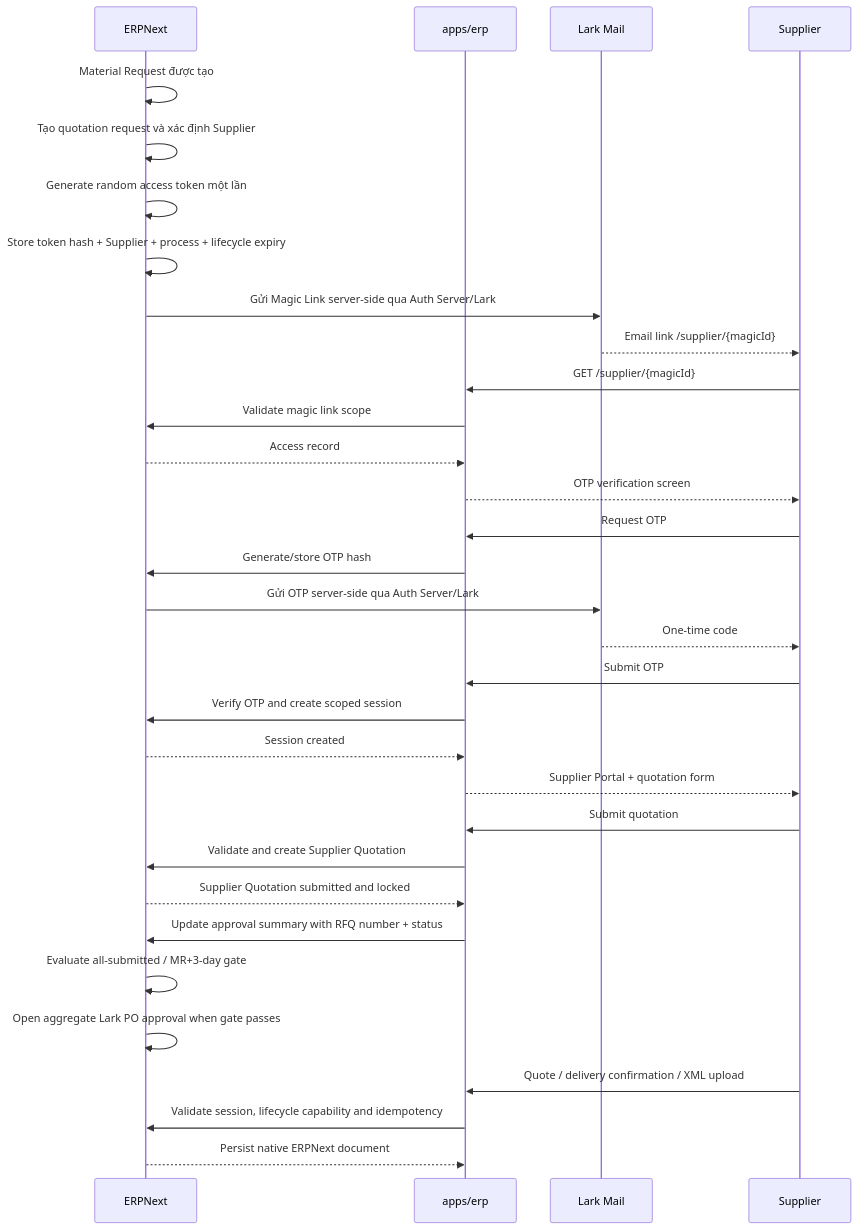
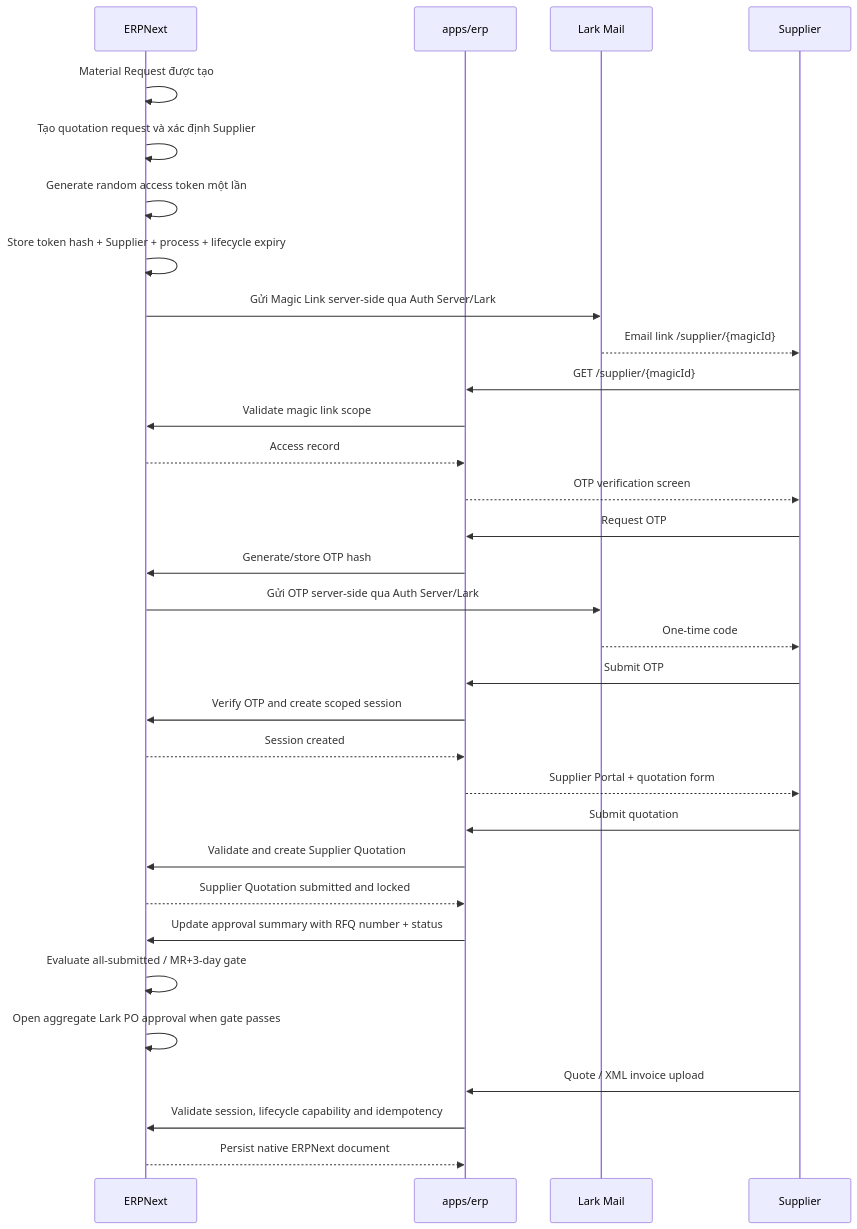
Before and after one commit to Kira7dn/erpnext: the second of 2 diagrams in docs/features/Supplier_Portal_Magic_Link_Email_OTP_Design.md, drawn with Mermaid. The commit also changed other lines of this file and 8 other files, not shown here.

````diff
--- a/docs/features/Supplier_Portal_Magic_Link_Email_OTP_Design.md
+++ b/docs/features/Supplier_Portal_Magic_Link_Email_OTP_Design.md
@@ -185,40 +189,40 @@
 ```mermaid
 sequenceDiagram
     participant ERP as ERPNext
     participant APP as apps/erp
     participant MAIL as Lark Mail
     participant SUP as Supplier
 
     ERP->>ERP: Material Request được tạo
     ERP->>ERP: Tạo quotation request và xác định Supplier
     ERP->>ERP: Generate random access token một lần
     ERP->>ERP: Store token hash + Supplier + process + lifecycle expiry
     ERP->>MAIL: Gửi Magic Link server-side qua Auth Server/Lark
     MAIL-->>SUP: Email link /supplier/{magicId}
 
     SUP->>APP: GET /supplier/{magicId}
     APP->>ERP: Validate magic link scope
     ERP-->>APP: Access record
     APP-->>SUP: OTP verification screen
 
     SUP->>APP: Request OTP
     APP->>ERP: Generate/store OTP hash
     ERP->>MAIL: Gửi OTP server-side qua Auth Server/Lark
     MAIL-->>SUP: One-time code
 
     SUP->>APP: Submit OTP
     APP->>ERP: Verify OTP and create scoped session
     ERP-->>APP: Session created
     APP-->>SUP: Supplier Portal + quotation form
 
     SUP->>APP: Submit quotation
     APP->>ERP: Validate and create Supplier Quotation
     ERP-->>APP: Supplier Quotation submitted and locked
     APP->>ERP: Update approval summary with RFQ number + status
     ERP->>ERP: Evaluate all-submitted / MR+3-day gate
     ERP->>ERP: Open aggregate Lark PO approval when gate passes
 
-    SUP->>APP: Quote / delivery confirmation / XML upload
+    SUP->>APP: Quote / XML invoice upload
     APP->>ERP: Validate session, lifecycle capability and idempotency
     ERP-->>APP: Persist native ERPNext document
 ```
````
